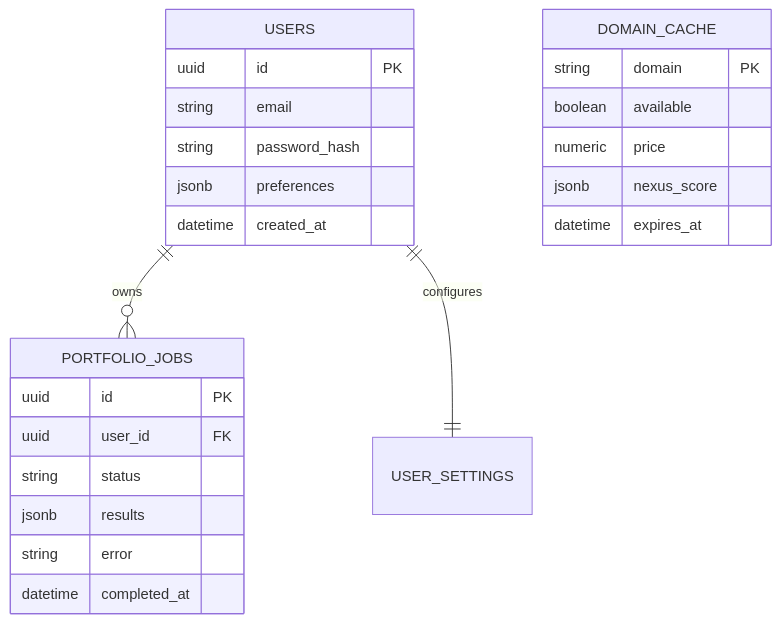
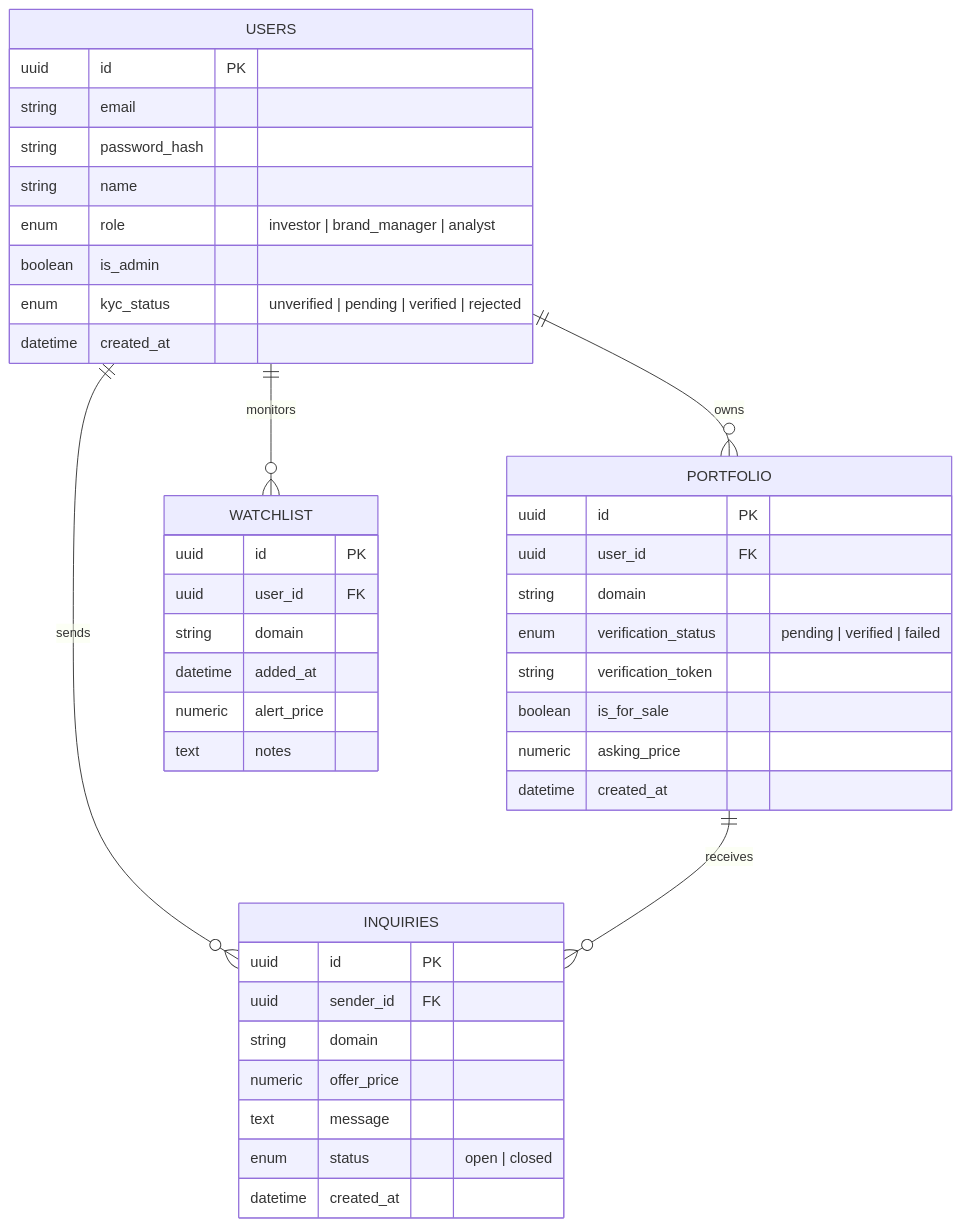
Before and after one commit to electron000/NEXUS: the fourth of 4 diagrams in DOCUMENTATION.md, drawn with Mermaid. The commit also changed other lines of this file and 52 other files, not shown here.

````diff
--- a/DOCUMENTATION.md
+++ b/DOCUMENTATION.md
@@ -144,27 +119,48 @@
 ```mermaid
 erDiagram
-    USERS ||--o{ PORTFOLIO_JOBS : owns
-    USERS ||--|| USER_SETTINGS : configures
+    USERS ||--o{ PORTFOLIO : owns
+    USERS ||--o{ WATCHLIST : monitors
+    USERS ||--o{ INQUIRIES : sends
+    PORTFOLIO ||--o{ INQUIRIES : receives
+
     USERS {
         uuid id PK
         string email
         string password_hash
-        jsonb preferences
+        string name
+        enum role "investor | brand_manager | analyst"
+        boolean is_admin
+        enum kyc_status "unverified | pending | verified | rejected"
         datetime created_at
     }
-    PORTFOLIO_JOBS {
+
+    PORTFOLIO {
         uuid id PK
         uuid user_id FK
-        string status
-        jsonb results
-        string error
-        datetime completed_at
+        string domain
+        enum verification_status "pending | verified | failed"
+        string verification_token
+        boolean is_for_sale
+        numeric asking_price
+        datetime created_at
     }
-    DOMAIN_CACHE {
-        string domain PK
-        boolean available
-        numeric price
-        jsonb nexus_score
-        datetime expires_at
+
+    WATCHLIST {
+        uuid id PK
+        uuid user_id FK
+        string domain
+        datetime added_at
+        numeric alert_price
+        text notes
+    }
+
+    INQUIRIES {
+        uuid id PK
+        uuid sender_id FK
+        string domain
+        numeric offer_price
+        text message
+        enum status "open | closed"
+        datetime created_at
     }
 ```
````
